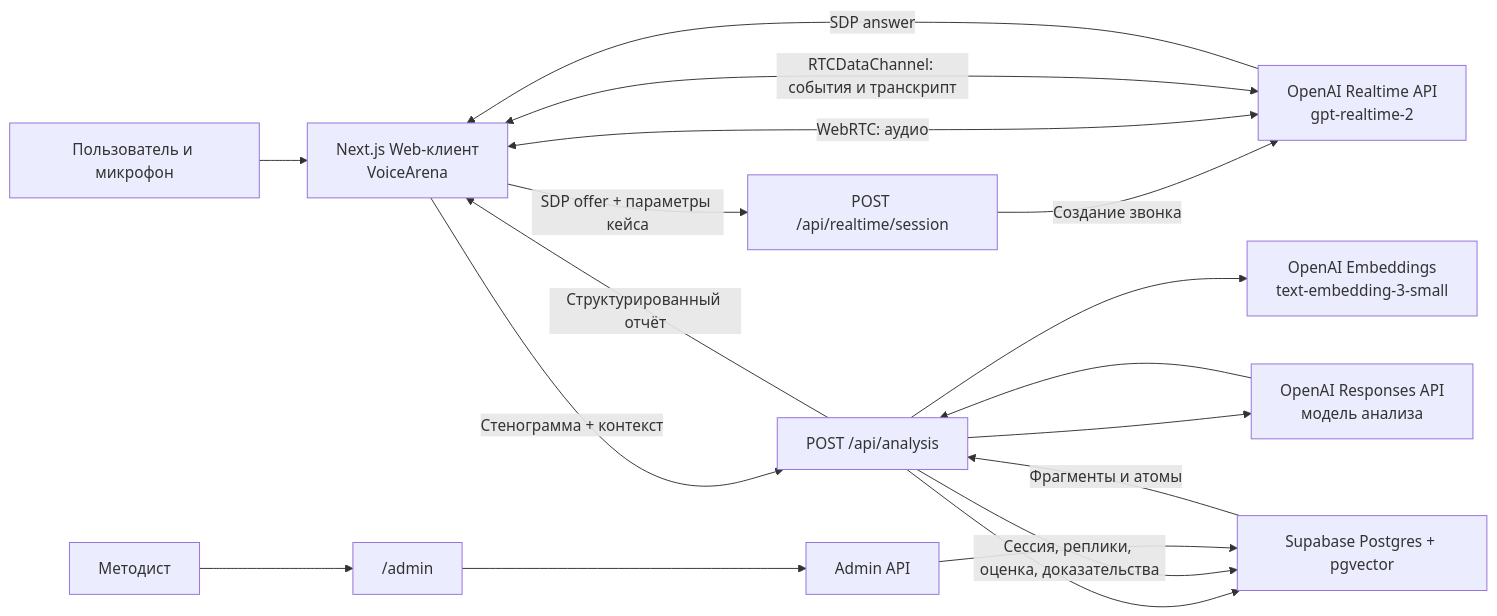
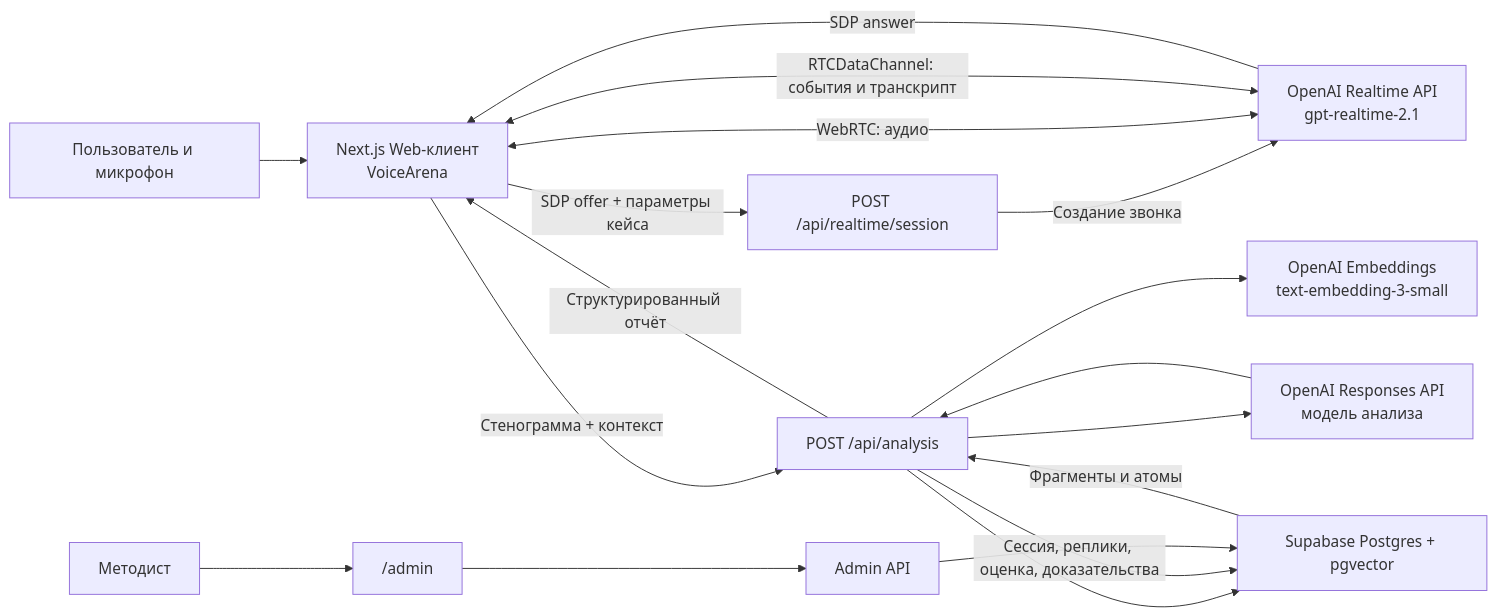
The first of 2 diagrams in README.md (suezergut-sys/KORUS-NEGA-Coach), drawn with Mermaid before and after one commit. The commit also changed other lines of this file and 3 other files, not shown here.

Commit message:
Use GPT Realtime 2.1 for negotiations (#54)

````diff
--- a/README.md
+++ b/README.md
@@ -130,22 +130,22 @@
 ```mermaid
 flowchart LR
     U["Пользователь и микрофон"] --> UI["Next.js Web-клиент<br/>VoiceArena"]
     UI -->|"SDP offer + параметры кейса"| RTAPI["POST /api/realtime/session"]
-    RTAPI -->|"Создание звонка"| OAIR["OpenAI Realtime API<br/>gpt-realtime-2"]
+    RTAPI -->|"Создание звонка"| OAIR["OpenAI Realtime API<br/>gpt-realtime-2.1"]
     OAIR -->|"SDP answer"| UI
     UI <-->|"WebRTC: аудио"| OAIR
     UI <-->|"RTCDataChannel: события и транскрипт"| OAIR
 
     UI -->|"Стенограмма + контекст"| ANALYSIS["POST /api/analysis"]
     ANALYSIS --> EMB["OpenAI Embeddings<br/>text-embedding-3-small"]
     ANALYSIS --> DB["Supabase Postgres + pgvector"]
     DB -->|"Фрагменты и атомы"| ANALYSIS
     ANALYSIS --> RESP["OpenAI Responses API<br/>модель анализа"]
     RESP --> ANALYSIS
     ANALYSIS -->|"Сессия, реплики, оценка, доказательства"| DB
     ANALYSIS -->|"Структурированный отчёт"| UI
 
     A["Методист"] --> ADMIN["/admin"]
     ADMIN --> ADMINAPI["Admin API"]
     ADMINAPI --> DB
 ```
````
